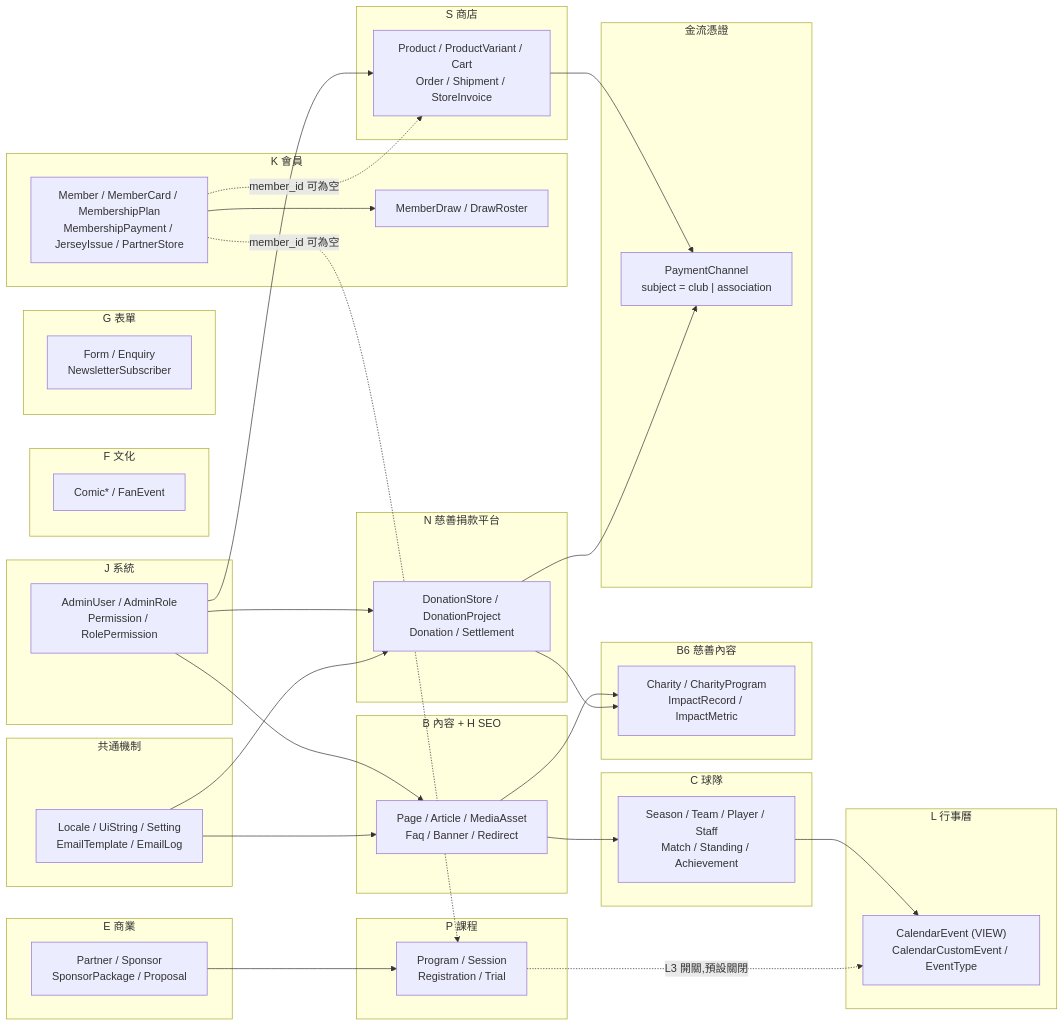
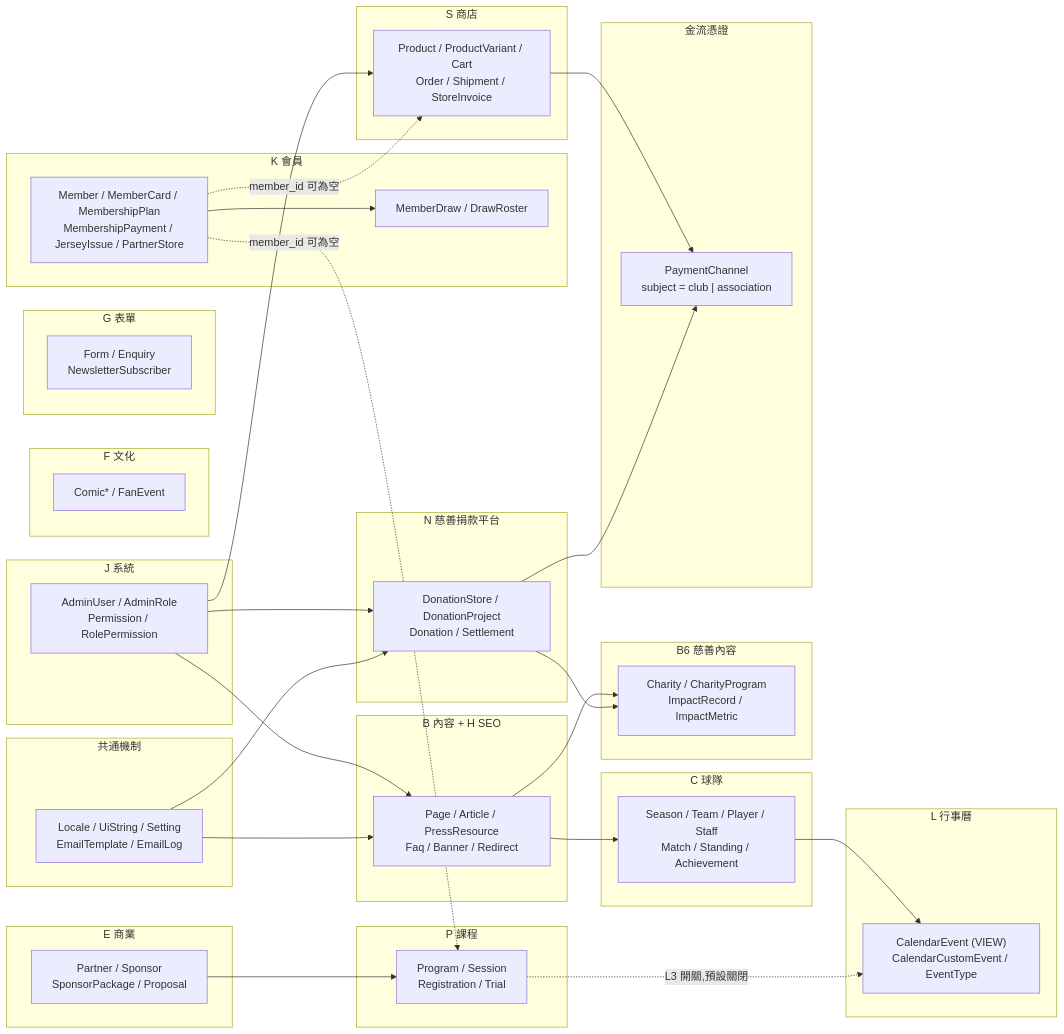
Before and after one commit to waiting0201/tcrfc: the diagram in docs/12-database-schema.md, drawn with Mermaid. The commit also changed other lines of this file and 24 other files, not shown here.

First line of the commit message:
feat: 後台圖片改為欄位直傳，新增 STATUS.md 工作追蹤表

````diff
--- a/docs/12-database-schema.md
+++ b/docs/12-database-schema.md
@@ -224,63 +226,63 @@
 ```mermaid
 flowchart LR
   subgraph CORE["共通機制"]
     L["Locale / UiString / Setting<br/>EmailTemplate / EmailLog"]
   end
   subgraph B["B 內容 + H SEO"]
-    B1["Page / Article / MediaAsset<br/>Faq / Banner / Redirect"]
+    B1["Page / Article / PressResource<br/>Faq / Banner / Redirect"]
   end
   subgraph C["C 球隊"]
     C1["Season / Team / Player / Staff<br/>Match / Standing / Achievement"]
   end
   subgraph LL["L 行事曆"]
     L1["CalendarEvent (VIEW)<br/>CalendarCustomEvent / EventType"]
   end
   subgraph P["P 課程"]
     P1["Program / Session<br/>Registration / Trial"]
   end
   subgraph E["E 商業"]
     E1["Partner / Sponsor<br/>SponsorPackage / Proposal"]
   end
   subgraph F["F 文化"]
     F1["Comic* / FanEvent"]
   end
   subgraph G["G 表單"]
     G1["Form / Enquiry<br/>NewsletterSubscriber"]
   end
   subgraph K["K 會員"]
     K1["Member / MemberCard / MembershipPlan<br/>MembershipPayment / JerseyIssue / PartnerStore"]
     K5["MemberDraw / DrawRoster"]
   end
   subgraph S["S 商店"]
     S1["Product / ProductVariant / Cart<br/>Order / Shipment / StoreInvoice"]
   end
   subgraph CH["B6 慈善內容"]
     CH1["Charity / CharityProgram<br/>ImpactRecord / ImpactMetric"]
   end
   subgraph N["N 慈善捐款平台"]
     N1["DonationStore / DonationProject<br/>Donation / Settlement"]
   end
   subgraph J["J 系統"]
     J1["AdminUser / AdminRole<br/>Permission / RolePermission"]
   end
   subgraph PAY["金流憑證"]
     PAY1["PaymentChannel<br/>subject = club | association"]
   end
 
   C1 --> L1
   P1 -. "L3 開關,預設關閉" .-> L1
   B1 --> C1
   B1 --> CH1
   K1 --> K5
   K1 -. "member_id 可為空" .-> S1
   K1 -. "member_id 可為空" .-> P1
   S1 --> PAY1
   N1 --> PAY1
   N1 --> CH1
   E1 --> P1
   J1 --> B1
   J1 --> S1
   J1 --> N1
   L --> B1
   L --> N1
 ```
````
